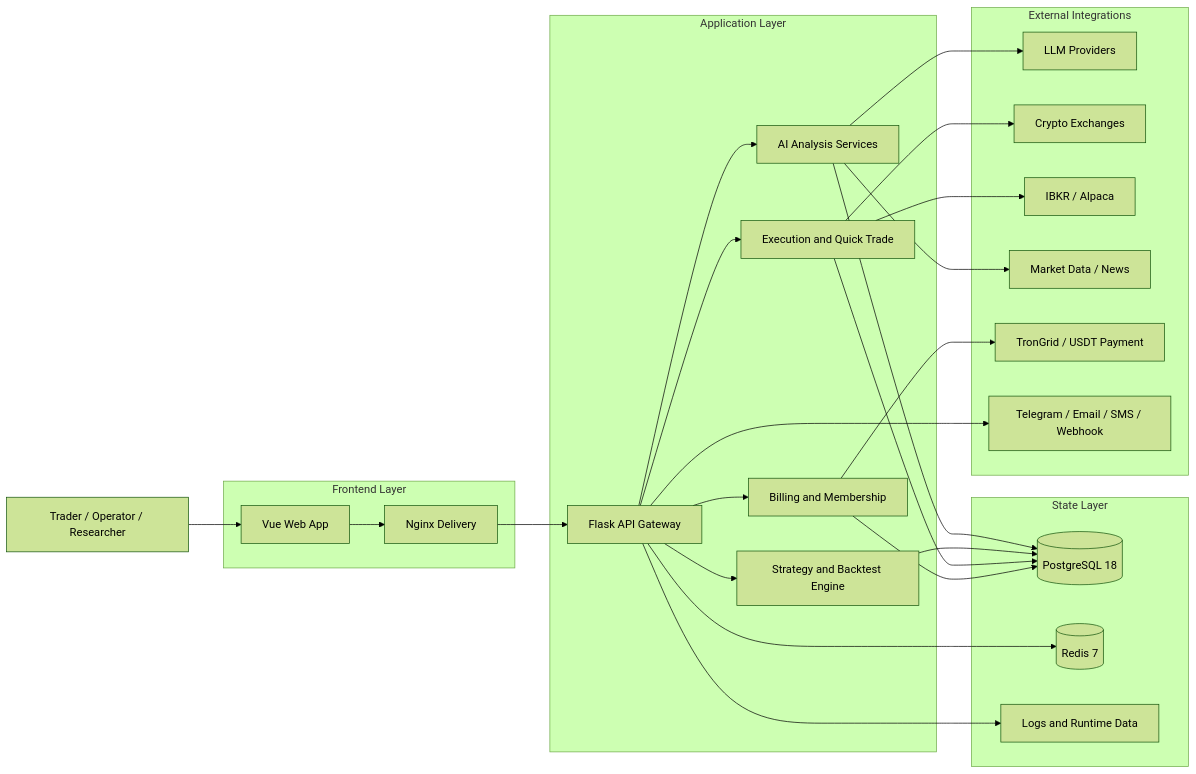
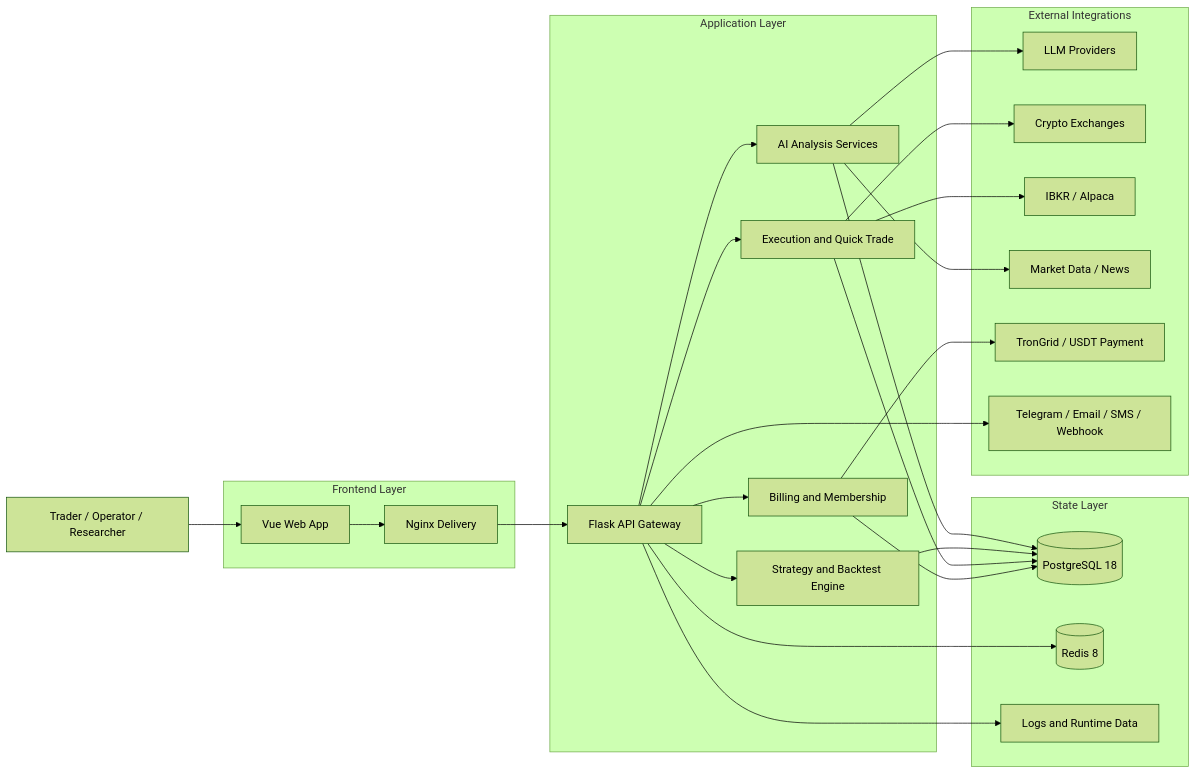
Before and after one commit to Fishee/QuantDinger: the diagram in README.md, drawn with Mermaid (forest theme). The commit also changed other lines of this file and 6 other files, not shown here.

````diff
--- a/README.md
+++ b/README.md
@@ -252,53 +252,53 @@
 ```mermaid
 flowchart LR
     U[Trader / Operator / Researcher]
 
     subgraph FE[Frontend Layer]
         WEB[Vue Web App]
         NG[Nginx Delivery]
     end
 
     subgraph BE[Application Layer]
         API[Flask API Gateway]
         AI[AI Analysis Services]
         STRAT[Strategy and Backtest Engine]
         EXEC[Execution and Quick Trade]
         BILL[Billing and Membership]
     end
 
     subgraph DATA[State Layer]
         PG[(PostgreSQL 18)]
-        REDIS[(Redis 7)]
+        REDIS[(Redis 8)]
         FILES[Logs and Runtime Data]
     end
 
     subgraph EXT[External Integrations]
         LLM[LLM Providers]
         EXCH[Crypto Exchanges]
         BROKER[IBKR / Alpaca]
         MARKET[Market Data / News]
         PAY[TronGrid / USDT Payment]
         NOTIFY[Telegram / Email / SMS / Webhook]
     end
 
     U --> WEB
     WEB --> NG --> API
     API --> AI
     API --> STRAT
     API --> EXEC
     API --> BILL
 
     AI --> PG
     STRAT --> PG
     EXEC --> PG
     BILL --> PG
     API --> REDIS
     API --> FILES
 
     AI --> LLM
     AI --> MARKET
     EXEC --> EXCH
     EXEC --> BROKER
     BILL --> PAY
     API --> NOTIFY
 ```
````
